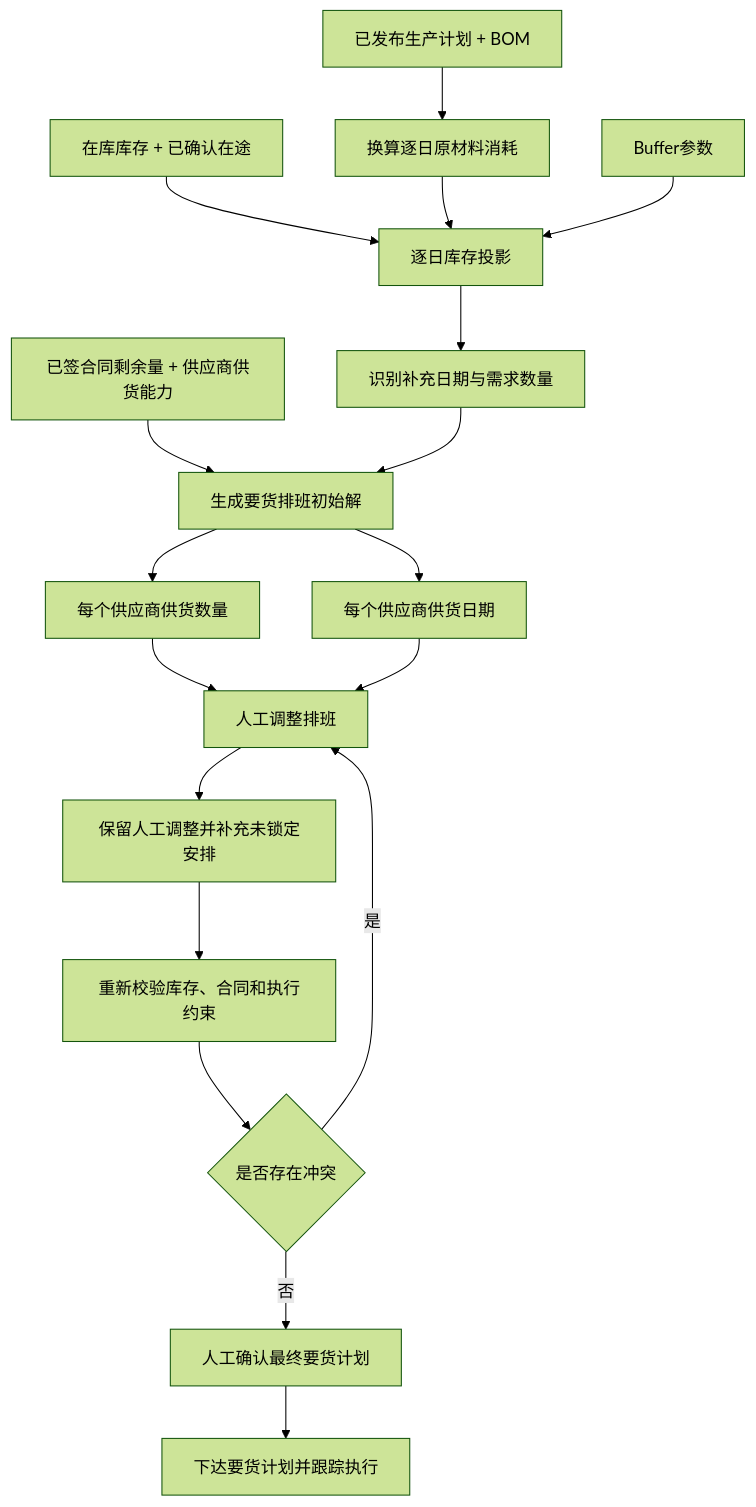
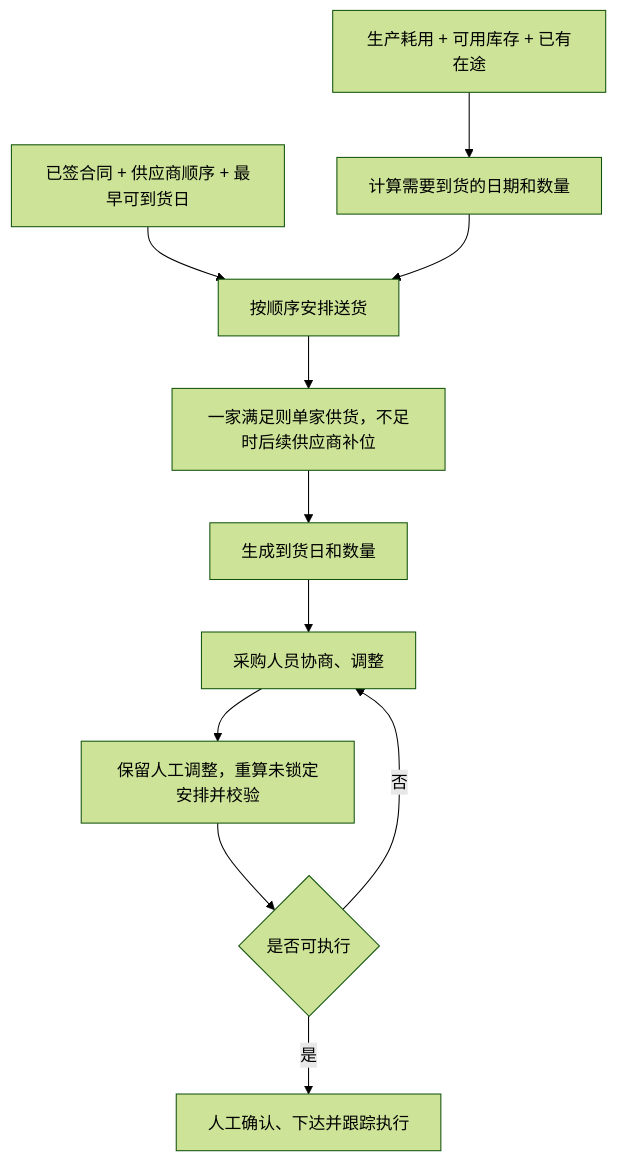
One commit to DDD71/scos_proj changed the diagram in 2-业务蓝图-draft/要货计划模块/要货计划模块技术方案.md. Above: the diagram before and after it, drawn with Mermaid (forest theme). The commit also changed other lines of this file and 8 other files, not shown here.

Commit message:
docs: refine goods-request planning to sequence deliveries

````diff
--- a/2-业务蓝图-draft/要货计划模块/要货计划模块技术方案.md
+++ b/2-业务蓝图-draft/要货计划模块/要货计划模块技术方案.md
@@ -56,20 +24,13 @@
 ```mermaid
 flowchart TB
-    A["已发布生产计划 + BOM"] --> D["换算逐日原材料消耗"]
-    B["在库库存 + 已确认在途"] --> E["逐日库存投影"]
-    D --> E
-    C["Buffer参数"] --> E
-    E --> F["识别补充日期与需求数量"]
-    G["已签合同剩余量 + 供应商供货能力"] --> H["生成要货排班初始解"]
-    F --> H
-    H --> I["每个供应商供货数量"]
-    H --> J["每个供应商供货日期"]
-    I --> K["人工调整排班"]
-    J --> K
-    K --> M["保留人工调整并补充未锁定安排"]
-    M --> N["重新校验库存、合同和执行约束"]
-    N --> O{"是否存在冲突"}
-    O -->|是| K
-    O -->|否| P["人工确认最终要货计划"]
-    P --> L["下达要货计划并跟踪执行"]
+    A["生产耗用 + 可用库存 + 已有在途"] --> B["计算需要到货的日期和数量"]
+    C["已签合同 + 供应商顺序 + 最早可到货日"] --> D["按顺序安排送货"]
+    B --> D
+    D --> E["一家满足则单家供货，不足时后续供应商补位"]
+    E --> F["生成到货日和数量"]
+    F --> G["采购人员协商、调整"]
+    G --> H["保留人工调整，重算未锁定安排并校验"]
+    H --> I{"是否可执行"}
+    I -->|否| G
+    I -->|是| J["人工确认、下达并跟踪执行"]
 ```
````
